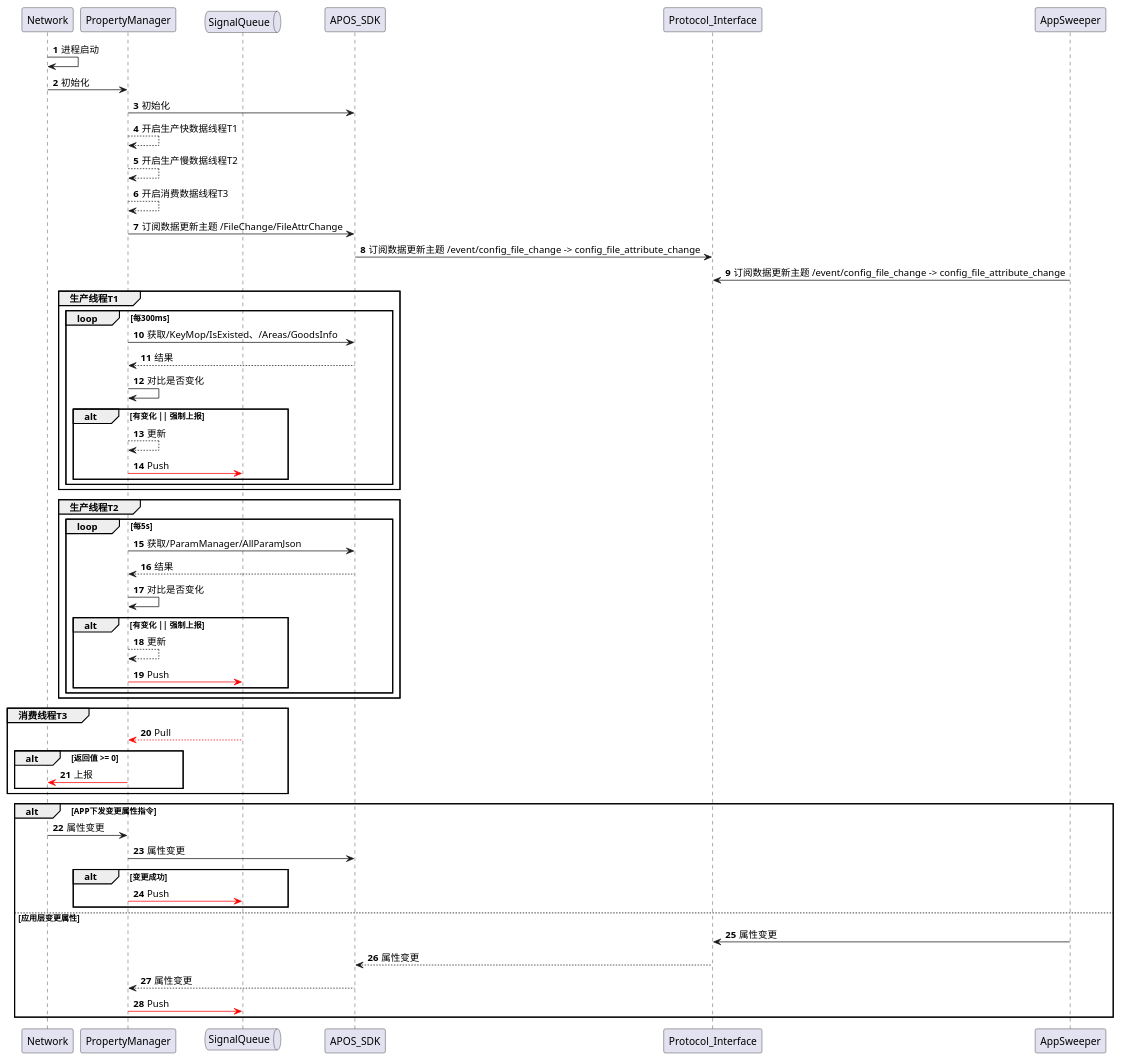
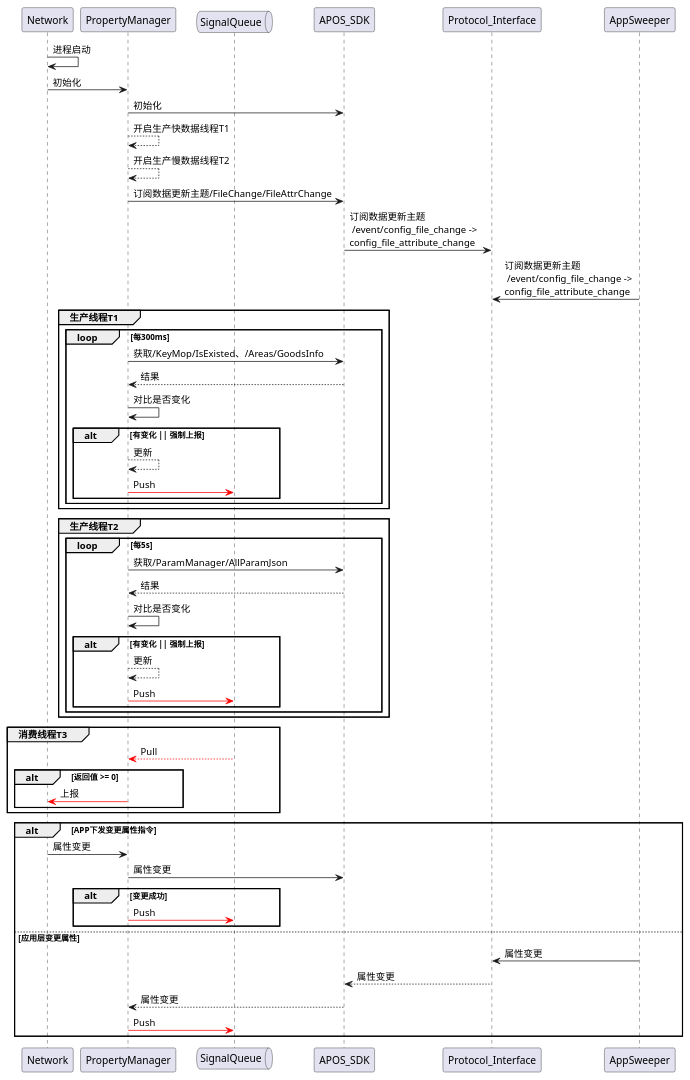
One commit to Grapeskin/python-learn changed the diagram in python/autopack/iot_sdk_property_report.puml. Above: the diagram before and after it, drawn with PlantUML. The commit also changed 14 other files, not shown here.

```diff
--- a/python/autopack/iot_sdk_property_report.puml
+++ b/python/autopack/iot_sdk_property_report.puml
@@ -1,81 +1,80 @@
 @startuml
 
 'abstract class AposSdkProtocol {
 '    StatusCode AposSdkRead(int32_t handle, BinPack *in_data, BinPack *out_data, int32_t timeout);
 '    StatusCode AposSdkWrite(int32_t handle, BinPack *out_data, int32_t timeout);
 '    StatusCode AposSdkSendEvent(int32_t handle, const char *event_id, BinPack *in_data);
 '    StatusCode AposSdkSetEventSubscribe(int32_t handle, AposSdkEventCallback callback, const char **event_ids, uint32_t event_size);
 '    StatusCode AposSdkService(int32_t handle, const char *event_id, BinPack *in_data, BinPack *out_data, int32_t timeout);
 '}
 '
 'note top of AposSdkProtocol:  typedef void (*AposSdkEventCallback)(int32_t handle, const char *event_id, int32_t msg_id, BinPack *in_msg);
 '
 'abstract class BaseAposIotSdk {
 '    AposSdkProtocol apos_sdk;
 '}
 
 participant Network
 participant PropertyManager
 queue SignalQueue
 participant APOS_SDK
 participant Protocol_Interface
 participant AppSweeper
 
-autonumber
+'autonumber
 Network -> Network: 进程启动
 Network -> PropertyManager: 初始化
 PropertyManager -> APOS_SDK: 初始化
 PropertyManager --> PropertyManager: 开启生产快数据线程T1
 PropertyManager --> PropertyManager: 开启生产慢数据线程T2
-PropertyManager --> PropertyManager: 开启消费数据线程T3
-PropertyManager -> APOS_SDK: 订阅数据更新主题 /FileChange/FileAttrChange
-APOS_SDK -> Protocol_Interface: 订阅数据更新主题 /event/config_file_change -> config_file_attribute_change
-AppSweeper -> Protocol_Interface: 订阅数据更新主题 /event/config_file_change -> config_file_attribute_change
+PropertyManager -> APOS_SDK: 订阅数据更新主题/FileChange/FileAttrChange
+APOS_SDK -> Protocol_Interface: 订阅数据更新主题\n /event/config_file_change -> \nconfig_file_attribute_change
+AppSweeper -> Protocol_Interface: 订阅数据更新主题\n /event/config_file_change -> \nconfig_file_attribute_change
 
 'PropertyManager -> PropertyManager: 开启线程1，轮询配置文件数据状态
 'PropertyManager -> APOS_SDK: 订阅数据更新主题
 'APOS_SDK -> Protocol_Interface: 订阅数据更新主题
 
 group 生产线程T1
     loop 每300ms
         PropertyManager -> APOS_SDK: 获取/KeyMop/IsExisted、/Areas/GoodsInfo
         PropertyManager <-- APOS_SDK: 结果
         PropertyManager -> PropertyManager: 对比是否变化
         alt 有变化 || 强制上报
             PropertyManager --> PropertyManager: 更新
             PropertyManager [#red]-> SignalQueue: Push
         end
     end
 end
 group 生产线程T2
     loop 每5s
         PropertyManager -> APOS_SDK: 获取/ParamManager/AllParamJson
         PropertyManager <-- APOS_SDK: 结果
         PropertyManager -> PropertyManager: 对比是否变化
         alt 有变化 || 强制上报
             PropertyManager --> PropertyManager: 更新
             PropertyManager [#red]-> SignalQueue: Push
         end
     end
 end
 group 消费线程T3
     PropertyManager <[#red]-- SignalQueue: Pull
     alt 返回值 >= 0
         PropertyManager [#red]-> Network: 上报
     end
 end
 
 alt APP下发变更属性指令
     Network -> PropertyManager: 属性变更
     PropertyManager -> APOS_SDK: 属性变更
     alt 变更成功
         PropertyManager [#red]-> SignalQueue: Push
     end
 else 应用层变更属性
     AppSweeper -> Protocol_Interface: 属性变更
     Protocol_Interface --> APOS_SDK: 属性变更
     APOS_SDK --> PropertyManager: 属性变更
     PropertyManager [#red]-> SignalQueue: Push
 end
 
 @enduml
```
